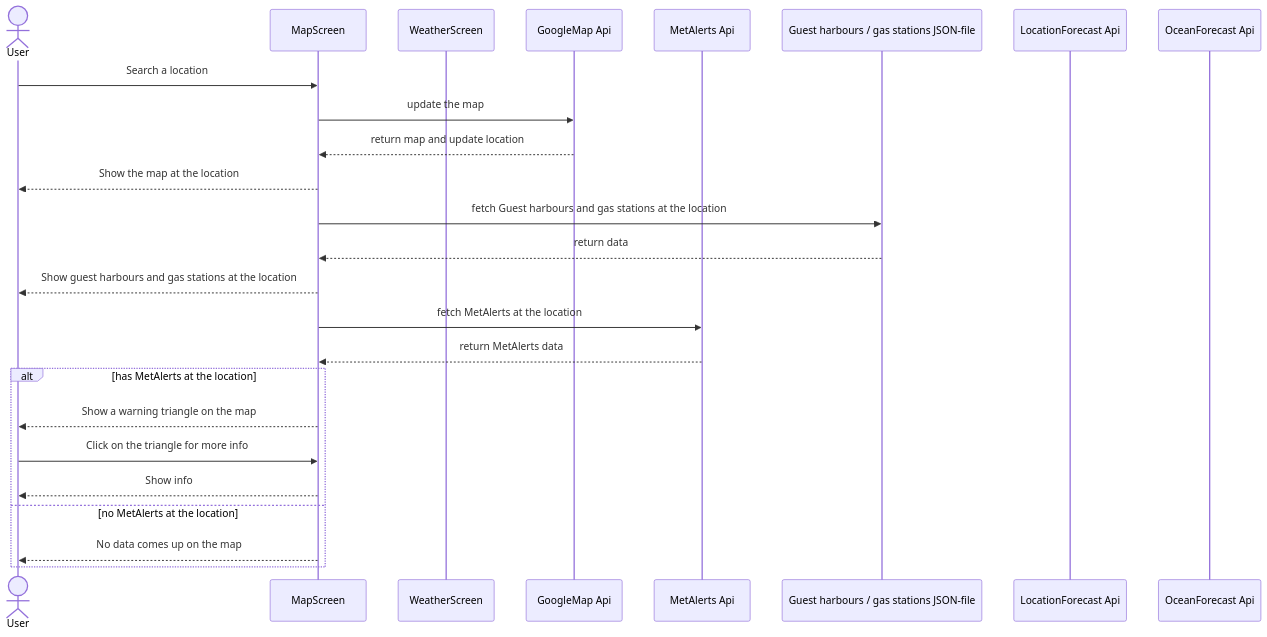
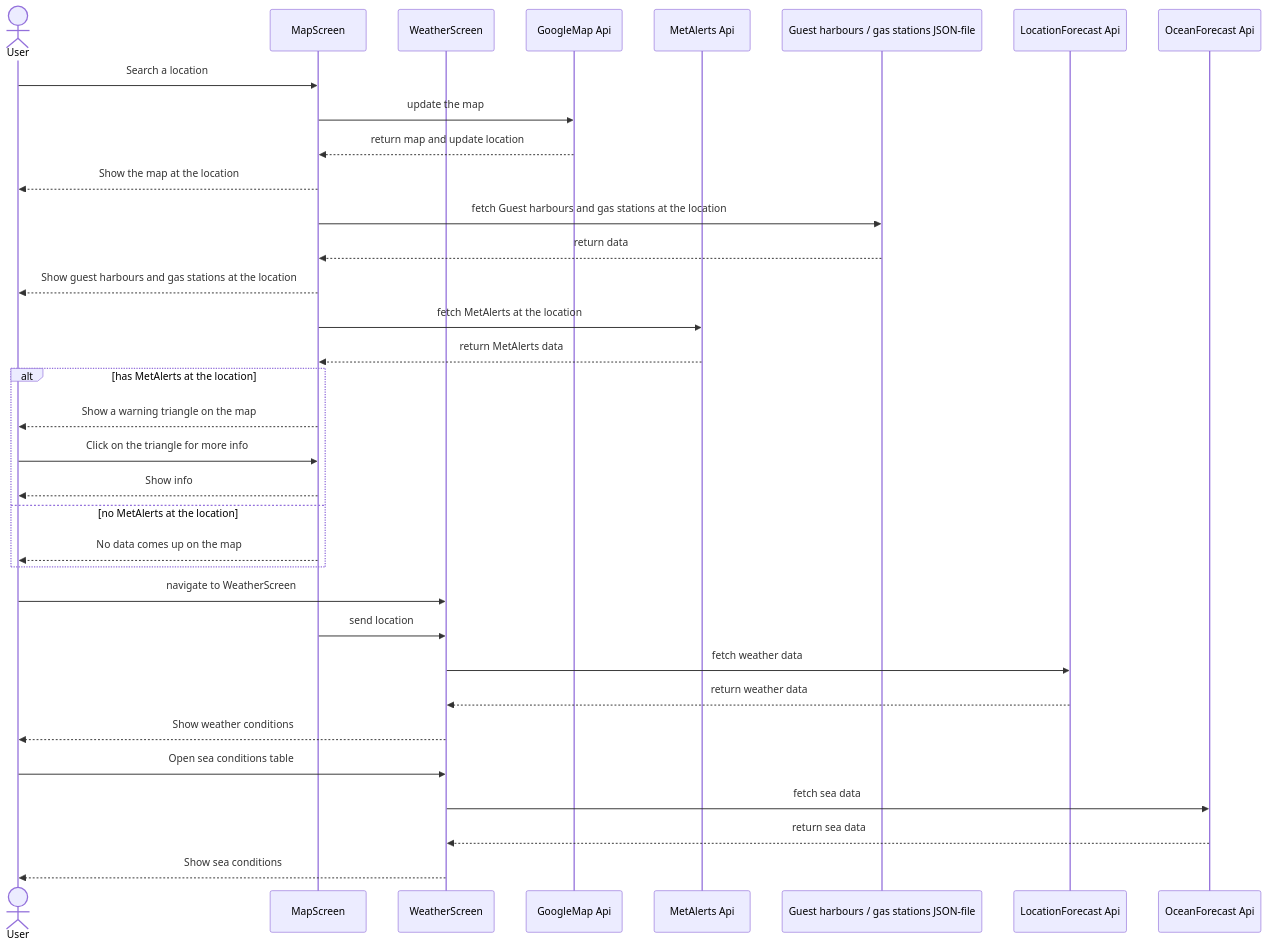
Before and after one commit to ronjainstanes/IN2000-student-project: the diagram in MODELING.md, drawn with Mermaid.

Commit message:
Sequence Diagram test 3

````diff
--- a/MODELING.md
+++ b/MODELING.md
@@ -52,41 +52,59 @@
 ```mermaid
     sequenceDiagram
         actor User
         participant MapScreen
         participant WeatherScreen 
         participant GoogleMap Api
         participant MetAlerts Api
         participant Guest harbours / gas stations JSON-file
         participant LocationForecast Api
         participant OceanForecast Api
 
         User->>MapScreen: Search a location
 
         MapScreen->>GoogleMap Api: update the map
         
         GoogleMap Api-->>MapScreen: return map and update location
         
         MapScreen-->>User: Show the map at the location
         
         MapScreen->>Guest harbours / gas stations JSON-file: fetch Guest harbours and gas stations at the location
         
         Guest harbours / gas stations JSON-file-->>MapScreen: return data
         
         MapScreen-->>User: Show guest harbours and gas stations at the location
         
         MapScreen->>MetAlerts Api: fetch MetAlerts at the location
         
         MetAlerts Api-->>MapScreen: return MetAlerts data
 
         alt has MetAlerts at the location
         
             MapScreen-->>User: Show a warning triangle on the map
             User->>MapScreen: Click on the triangle for more info
             MapScreen-->>User: Show info
 
         else no MetAlerts at the location
         
             MapScreen-->>User: No data comes up on the map
 
         end
+        
+        User->>WeatherScreen: navigate to WeatherScreen
+        
+        MapScreen->>WeatherScreen: send location
+        
+        WeatherScreen->>LocationForecast Api: fetch weather data
+        
+        LocationForecast Api-->>WeatherScreen: return weather data
+        
+        WeatherScreen-->>User: Show weather conditions
+        
+        User->>WeatherScreen: Open sea conditions table
+        
+        WeatherScreen->>OceanForecast Api: fetch sea data
+        
+        OceanForecast Api-->>WeatherScreen: return sea data
+        
+        WeatherScreen-->>User: Show sea conditions
 ```
````
